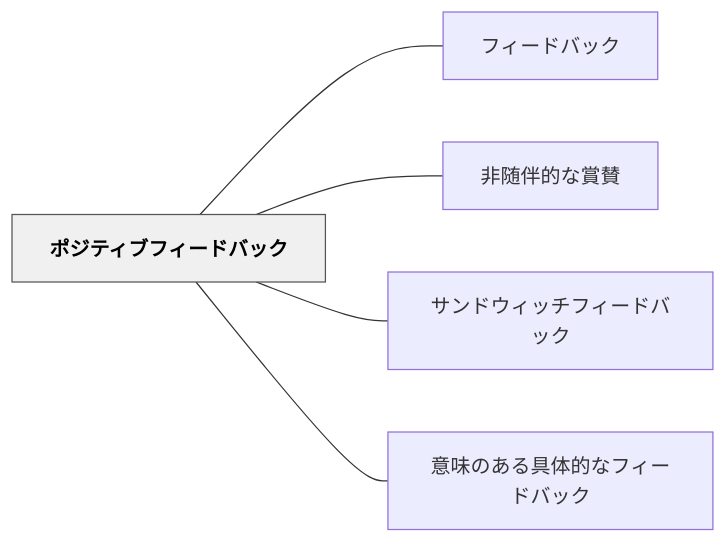
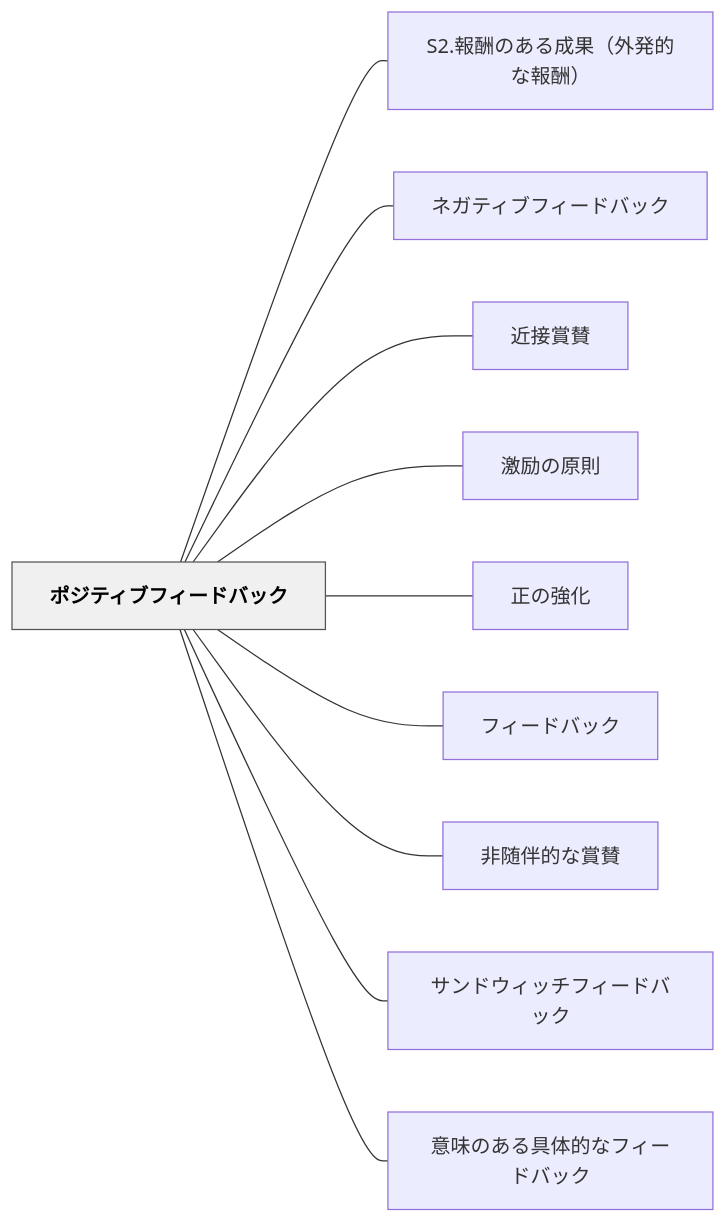
Before and after one commit to unknownthings-ed-patterns/unknownthings-ed-patterns: the diagram in content/パタン/ポジティブフィードバック.md, drawn with Mermaid. The commit also changed other lines of this file and 473 other files, not shown here.

````diff
--- a/content/パタン/ポジティブフィードバック.md
+++ b/content/パタン/ポジティブフィードバック.md
@@ -52,16 +57,26 @@
 ```mermaid
 flowchart LR
     ne3839de382b8["ポジティブフィードバック"]
+    n53322ee5a0b1["S2.報酬のある成果（外発的な報酬）"]
+    ne3838de382ac["ネガティブフィードバック"]
+    ne8bf91e68ea5["近接賞賛"]
+    ne6bf80e58ab1["激励の原則"]
+    ne6ada3e381ae["正の強化"]
     ne38395e382a3["フィードバック"]
     ne99d9ee99a8f["非随伴的な賞賛"]
     ne382b5e383b3["サンドウィッチフィードバック"]
     ne6848fe591b3["意味のある具体的なフィードバック"]
 
+    ne3839de382b8 --- n53322ee5a0b1
+    ne3839de382b8 --- ne3838de382ac
+    ne3839de382b8 --- ne8bf91e68ea5
+    ne3839de382b8 --- ne6bf80e58ab1
+    ne3839de382b8 --- ne6ada3e381ae
     ne3839de382b8 --- ne38395e382a3
     ne3839de382b8 --- ne99d9ee99a8f
     ne3839de382b8 --- ne382b5e383b3
     ne3839de382b8 --- ne6848fe591b3
 
     classDef hub fill:#f0f0f0,stroke:#555,color:#000,font-weight:bold
     class ne3839de382b8 hub
 ```
````
